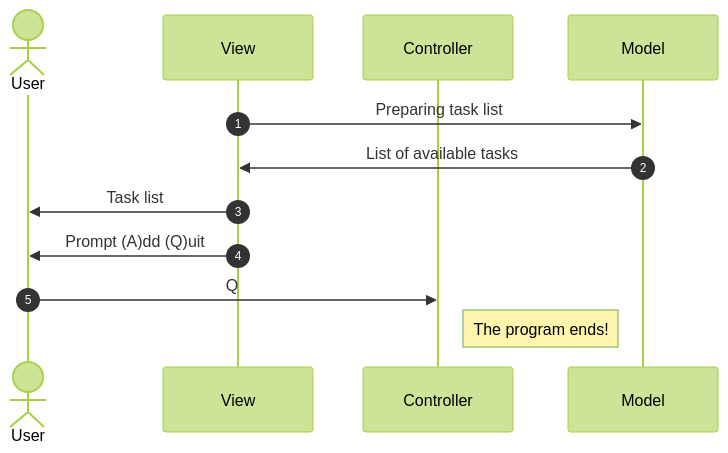
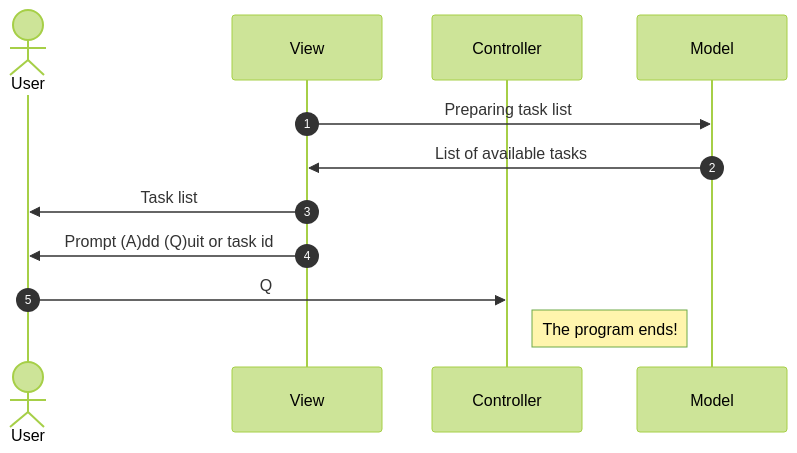
Before and after one commit to armakuni/csharp-katas: the first of 3 diagrams in task-list/README.md, drawn with Mermaid (forest theme). The commit also changed other lines of this file, not shown here.

Commit message:
Diagrams were still a bit inscrutable

````diff
--- a/task-list/README.md
+++ b/task-list/README.md
@@ -33,16 +33,16 @@
 ```mermaid
 sequenceDiagram
 	autonumber
 	Actor O as User
 	participant V as View
 	participant C as Controller
 	participant M as Model
 	
 		V->>M: Preparing task list
 		M->>V: List of available tasks
 		V->>O: Task list
-		V->>O: Prompt (A)dd (Q)uit
+		V->>O: Prompt (A)dd (Q)uit or task id
 		O->>C: Q
 		Note right of C: The program ends!
 		
 ```
````
